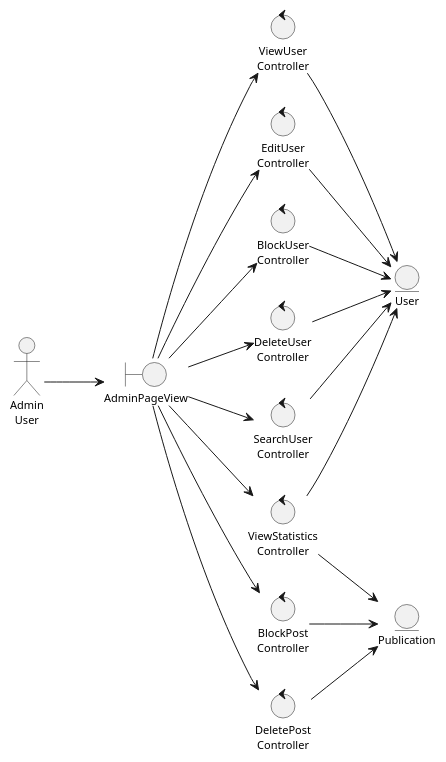
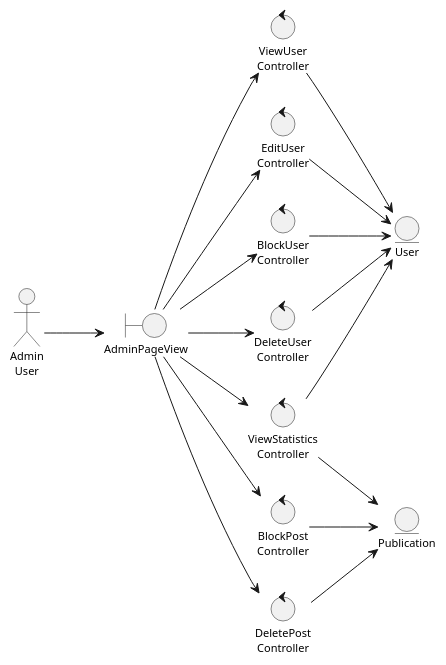
Before and after one commit to mpaulaherrero/tesis-frameworks-backend-diagrams: the diagram in logicalView/analisysView/classAnalisys/analysisClassDiagramAdminUser.plantuml, drawn with PlantUML. The commit also changed 1 other file, not shown here.

Commit message:
adding ruby on rails and laravel diagrams

```diff
--- a/logicalView/analisysView/classAnalisys/analysisClassDiagramAdminUser.plantuml
+++ b/logicalView/analisysView/classAnalisys/analysisClassDiagramAdminUser.plantuml
@@ -1,45 +1,45 @@
 @startuml
 skinparam style strictuml
 left to right direction
 skinparam defaultTextAlignment center
 skinparam defaultFontSize 11
 
 actor "Admin\nUser" as Admin
 
 boundary AdminPageView
 
 entity User
 entity Publication
 
 control "ViewStatistics\nController" as ViewStatisticsController
 control "ViewUser\nController" as ViewUserController
 control "EditUser\nController" as EditUserController
 control "BlockUser\nController" as BlockUserController
 control "DeleteUser\nController" as DeleteUserController
-control "SearchUser\nController" as SearchUserController
+' control "SearchUser\nController" as SearchUserController
 control "BlockPost\nController" as BlockPostController
 control "DeletePost\nController" as DeletePostController
 
 Admin --> AdminPageView
 
 AdminPageView --> ViewStatisticsController
 AdminPageView --> ViewUserController
 AdminPageView --> EditUserController
 AdminPageView --> BlockUserController
 AdminPageView --> DeleteUserController
-AdminPageView --> SearchUserController
+' AdminPageView --> SearchUserController
 AdminPageView --> BlockPostController
 AdminPageView --> DeletePostController
 
 ViewStatisticsController  --> User
 ViewUserController  --> User
 EditUserController  --> User
 BlockUserController  --> User
 DeleteUserController  --> User
-SearchUserController  --> User
+' SearchUserController  --> User
 
 ViewStatisticsController --> Publication
 BlockPostController  --> Publication
 DeletePostController  --> Publication
 
 @enduml
```
